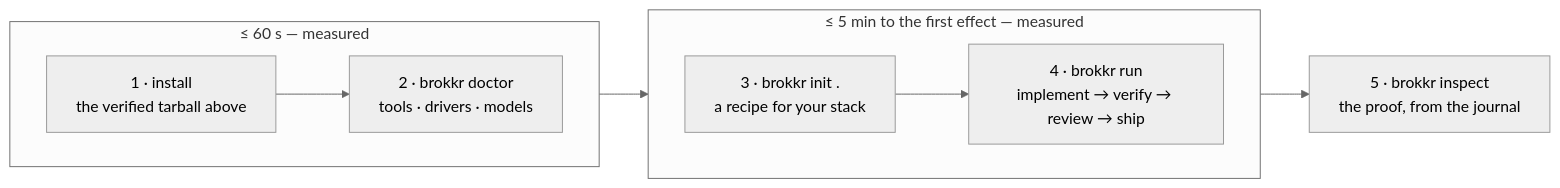
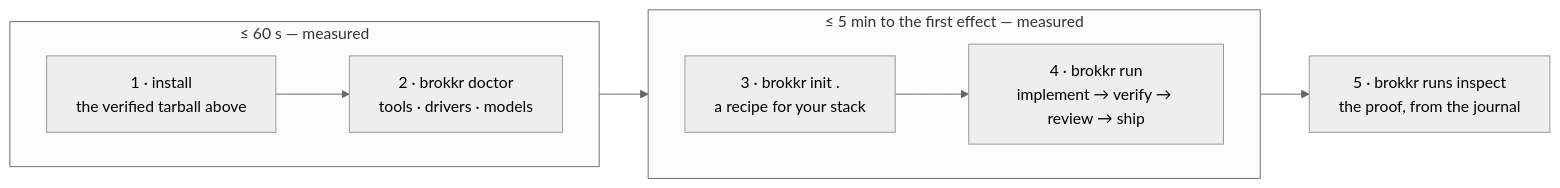
Before and after one commit to feedback-loop-ai/brokkr: the diagram in README.md, drawn with Mermaid (neutral theme). The commit also changed other lines of this file and 25 other files, not shown here.

````diff
--- a/README.md
+++ b/README.md
@@ -50,13 +50,13 @@
 ```mermaid
 flowchart LR
   subgraph a["≤ 60 s — measured"]
     direction LR
     install["1 · install<br/>the verified tarball above"] --> doctor["2 · brokkr doctor<br/>tools · drivers · models"]
   end
   subgraph b["≤ 5 min to the first effect — measured"]
     direction LR
     init["3 · brokkr init .<br/>a recipe for your stack"] --> run["4 · brokkr run<br/>implement → verify → review → ship"]
   end
   doctor --> init
-  run --> inspect["5 · brokkr inspect<br/>the proof, from the journal"]
+  run --> inspect["5 · brokkr runs inspect<br/>the proof, from the journal"]
 ```
````
